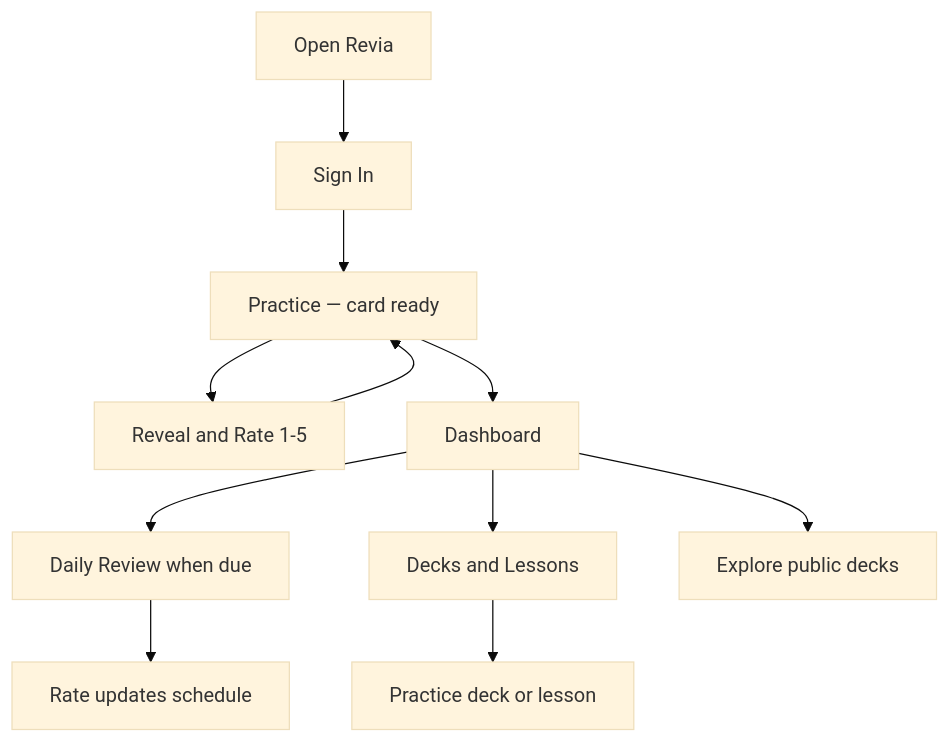
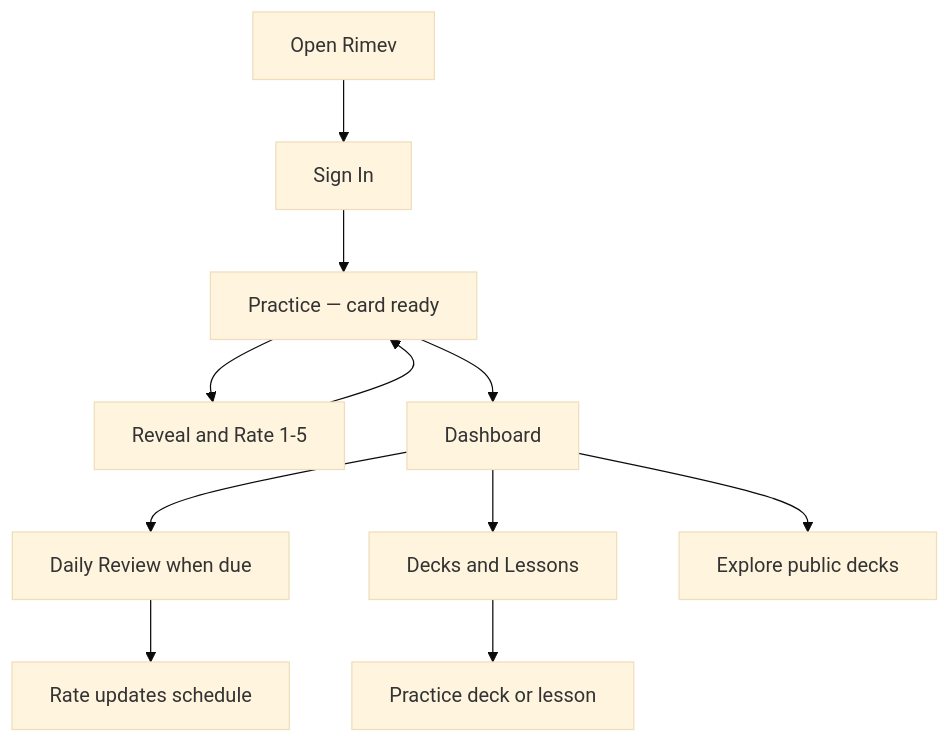
One commit to pvnpll/revia changed the first of 2 diagrams in docs/application/layman-guide.md. Above: the diagram before and after it, drawn with Mermaid (base theme). The commit also changed other lines of this file and 85 other files, not shown here.

Commit message:
chore: rebrand entire project from Revia to Rimev

````diff
--- a/docs/application/layman-guide.md
+++ b/docs/application/layman-guide.md
@@ -62,13 +62,13 @@
 ```mermaid
 flowchart TD
-  A[Open Revia] --> B[Sign In]
+  A[Open Rimev] --> B[Sign In]
   B --> C[Practice — card ready]
   C --> D[Reveal and Rate 1-5]
   D --> C
   C --> E[Dashboard]
   E --> F[Daily Review when due]
   F --> G[Rate updates schedule]
   E --> H[Decks and Lessons]
   H --> I[Practice deck or lesson]
   E --> J[Explore public decks]
 ```
````
